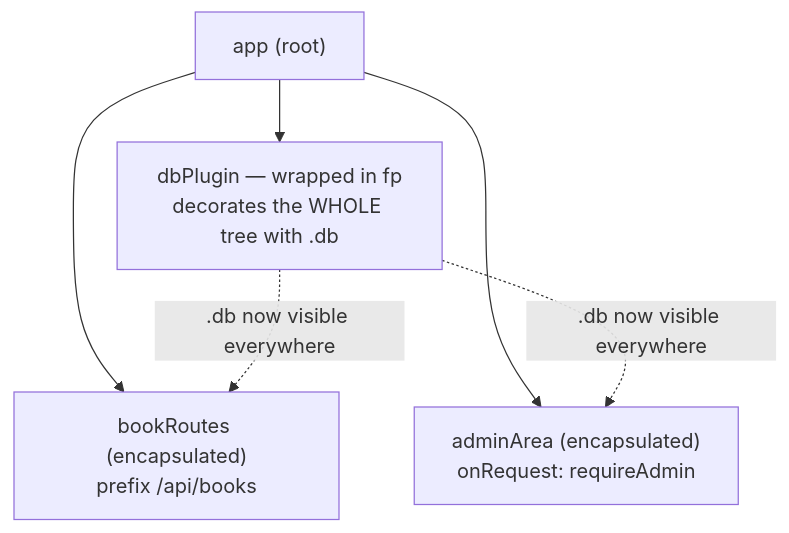
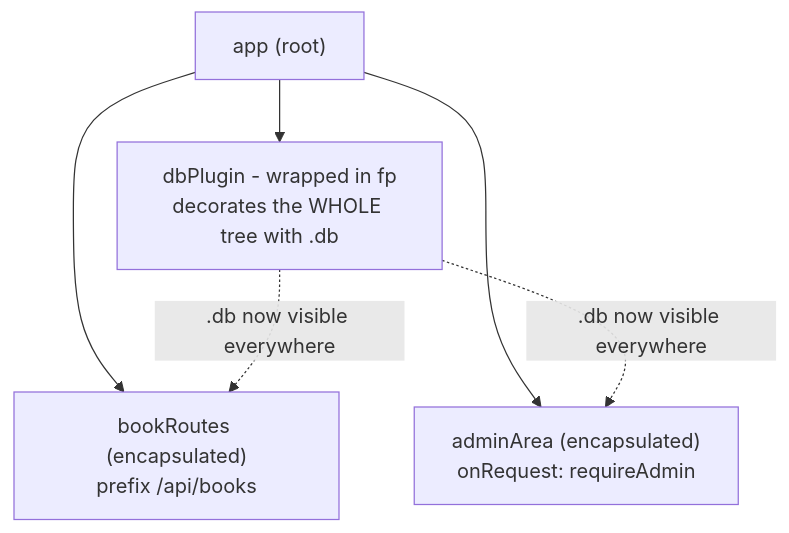
Before and after one commit to Topurrra/themissingmanual: the diagram in guides/frameworks/fastify-from-zero/03-the-plugin-system.md, drawn with Mermaid. The commit also changed other lines of this file and 1009 other files, not shown here.

````diff
--- a/guides/frameworks/fastify-from-zero/03-the-plugin-system.md
+++ b/guides/frameworks/fastify-from-zero/03-the-plugin-system.md
@@ -179,12 +179,12 @@
 ```mermaid
 flowchart TD
   app["app (root)"]
-  db["dbPlugin — wrapped in fp\ndecorates the WHOLE tree with .db"]
+  db["dbPlugin - wrapped in fp\ndecorates the WHOLE tree with .db"]
   books["bookRoutes (encapsulated)\nprefix /api/books"]
   admin["adminArea (encapsulated)\nonRequest: requireAdmin"]
   app --> db
   app --> books
   app --> admin
   db -.->|.db now visible everywhere| books
   db -.->|.db now visible everywhere| admin
 ```
````
